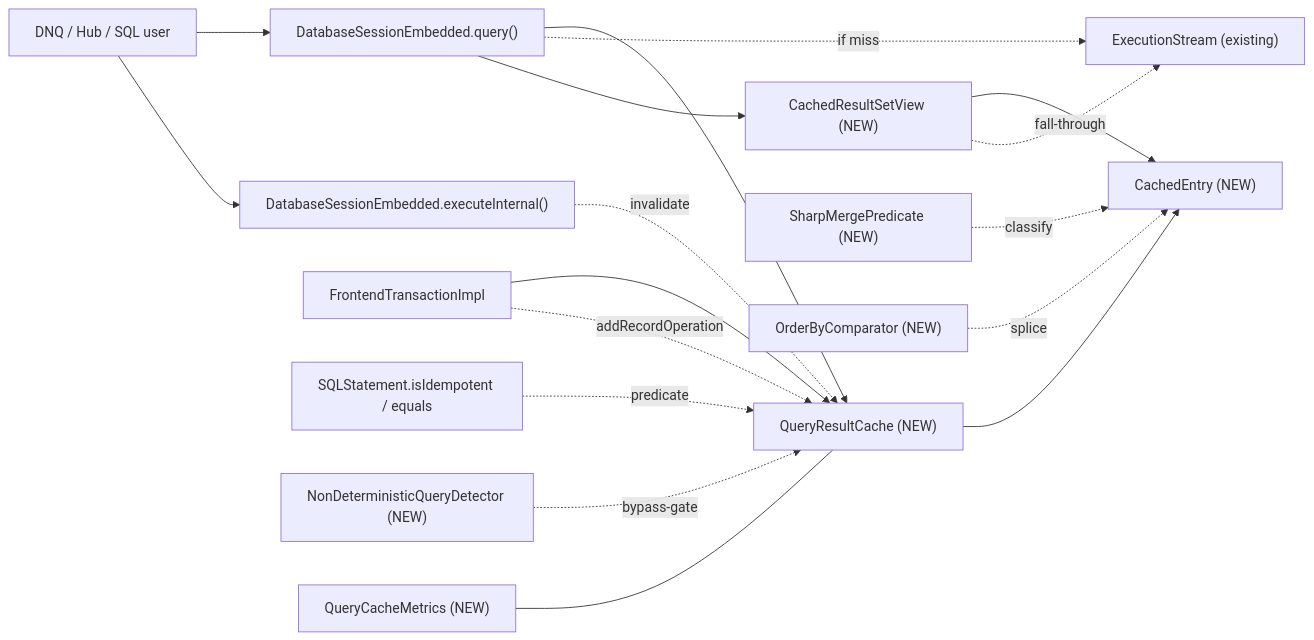
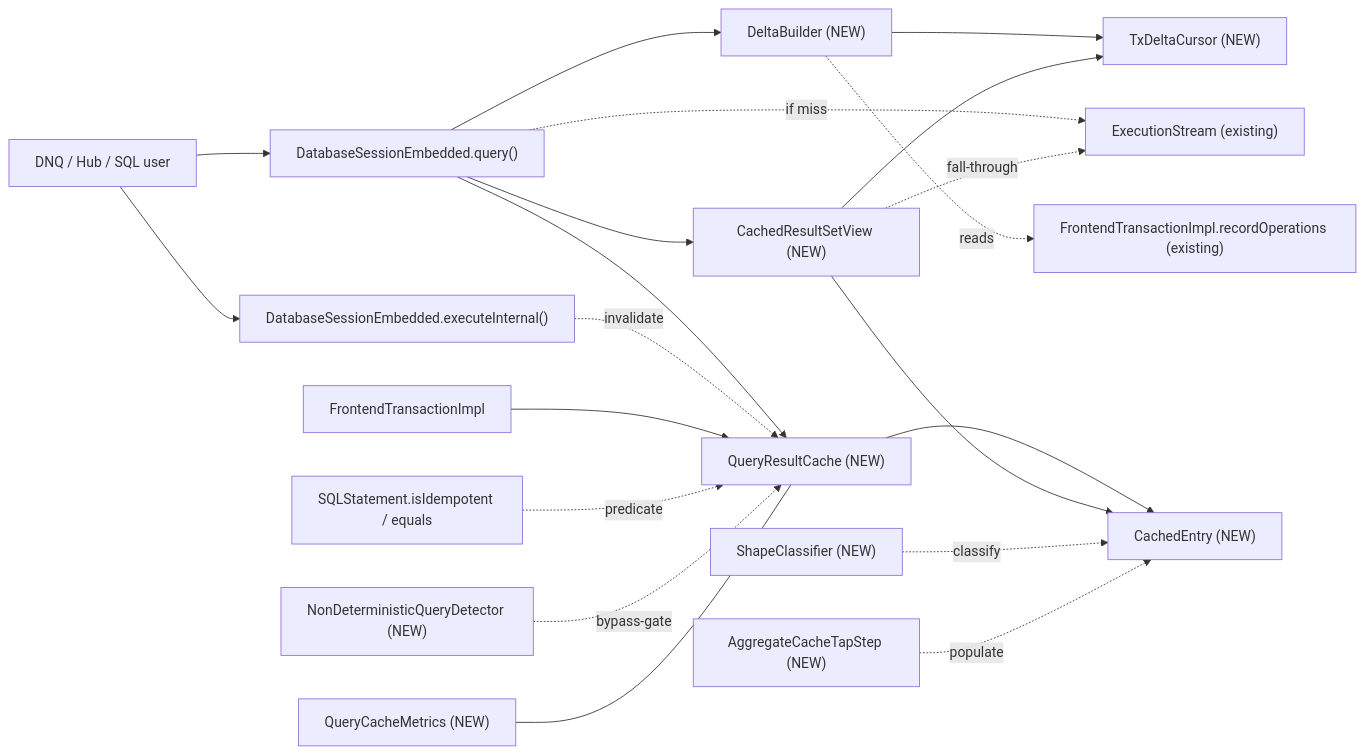
The diagram in docs/adr/YTDB-820-tx-result-cache/_workflow/implementation-plan.md (JetBrains/youtrackdb), drawn with Mermaid before and after one commit. The commit also changed other lines of this file and 10 other files, not shown here.

Commit message:
Pivot to lazy merge-on-read architecture

````diff
--- a/docs/adr/YTDB-820-tx-result-cache/_workflow/implementation-plan.md
+++ b/docs/adr/YTDB-820-tx-result-cache/_workflow/implementation-plan.md
@@ -26,19 +28,22 @@
 ```mermaid
 flowchart LR
     App["DNQ / Hub / SQL user"] --> SessQ["DatabaseSessionEmbedded.query()"]
     App --> SessE["DatabaseSessionEmbedded.executeInternal()"]
     SessQ --> Cache["QueryResultCache (NEW)"]
     SessE -.invalidate.-> Cache
     Cache --> Entry["CachedEntry (NEW)"]
     SessQ -.if miss.-> Stream["ExecutionStream (existing)"]
+    SessQ --> DB["DeltaBuilder (NEW)"]
+    DB -.reads.-> RecordOps["FrontendTransactionImpl.recordOperations (existing)"]
+    DB --> DeltaCursor["TxDeltaCursor (NEW)"]
     SessQ --> View["CachedResultSetView (NEW)"]
     View --> Entry
+    View --> DeltaCursor
     View -.fall-through.-> Stream
     Tx["FrontendTransactionImpl"] --> Cache
-    Tx -.addRecordOperation.-> Cache
     SQLStmt["SQLStatement.isIdempotent / equals"] -.predicate.-> Cache
-    Sharp["SharpMergePredicate (NEW)"] -.classify.-> Entry
+    Shape["ShapeClassifier (NEW)"] -.classify.-> Entry
     NDD["NonDeterministicQueryDetector (NEW)"] -.bypass-gate.-> Cache
     Metrics["QueryCacheMetrics (NEW)"] --- Cache
-    OBC["OrderByComparator (NEW)"] -.splice.-> Entry
+    AggTap["AggregateCacheTapStep (NEW)"] -.populate.-> Entry
 ```
````
